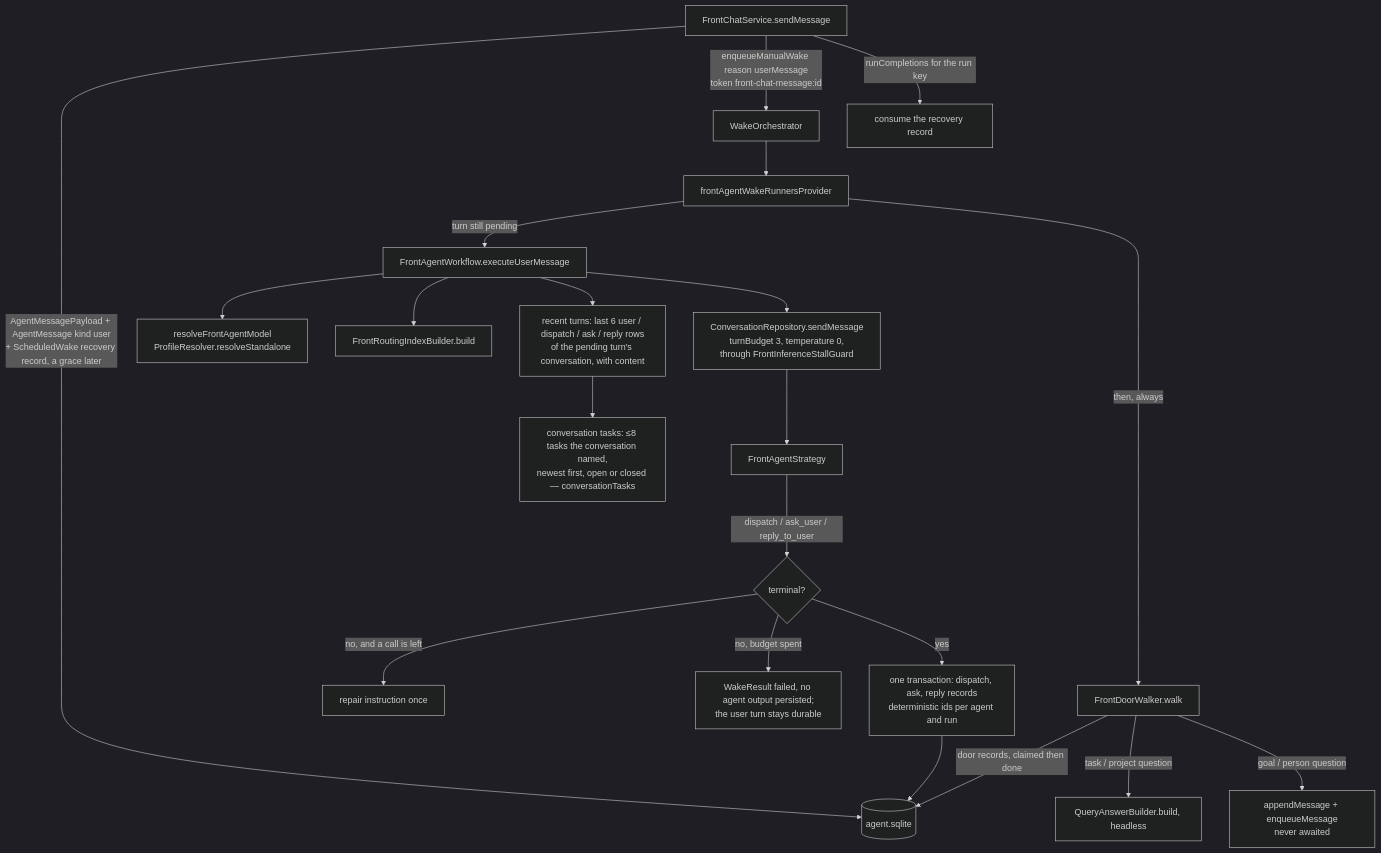
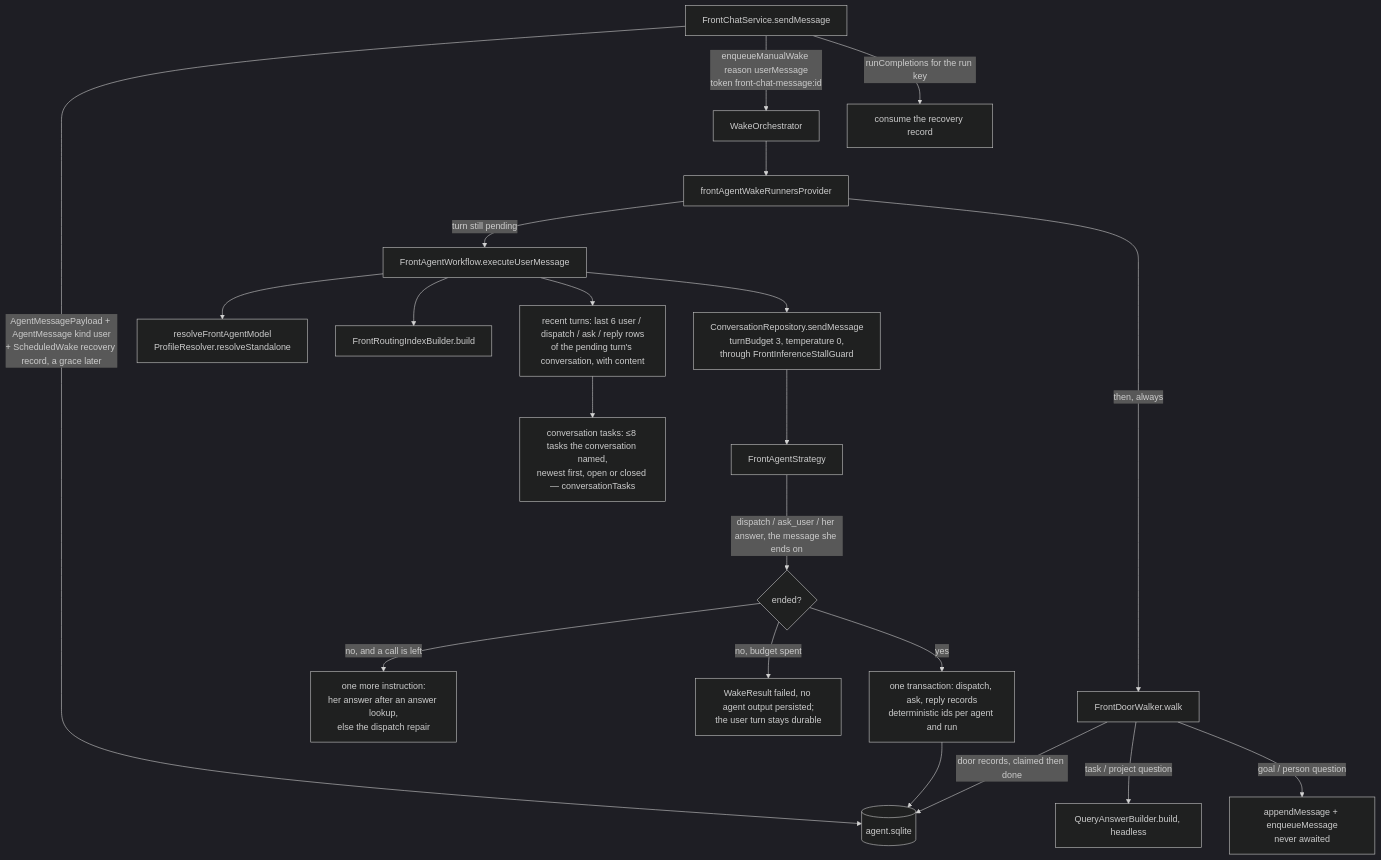
Before and after one commit to matthiasn/lotti: the first of 16 diagrams in knowledge/features/front_agent.md, drawn with Mermaid (dark theme). The commit also changed other lines of this file and 18 other files, not shown here.

First line of the commit message:
feat(front-agent): her answer is the message she writes

````diff
--- a/knowledge/features/front_agent.md
+++ b/knowledge/features/front_agent.md
@@ -293,23 +301,23 @@
 ```mermaid
 flowchart TD
   U[FrontChatService.sendMessage] -->|AgentMessagePayload + AgentMessage kind user<br/>+ ScheduledWake recovery record, a grace later| D[(agent.sqlite)]
   U -->|enqueueManualWake reason userMessage<br/>token front-chat-message:id| W[WakeOrchestrator]
   W --> R[frontAgentWakeRunnersProvider]
   R -->|turn still pending| X[FrontAgentWorkflow.executeUserMessage]
   R -->|then, always| K[FrontDoorWalker.walk]
   K -->|door records, claimed then done| D
   K -->|task / project question| Q[QueryAnswerBuilder.build, headless]
   K -->|goal / person question| G[appendMessage + enqueueMessage<br/>never awaited]
   U -->|runCompletions for the run key| V[consume the recovery record]
   X --> M[resolveFrontAgentModel<br/>ProfileResolver.resolveStandalone]
   X --> I[FrontRoutingIndexBuilder.build]
   X --> T[recent turns: last 6 user / dispatch / ask / reply rows<br/>of the pending turn's conversation, with content]
   T --> N[conversation tasks: ≤8 tasks the conversation named,<br/>newest first, open or closed — conversationTasks]
   X --> C[ConversationRepository.sendMessage<br/>turnBudget 3, temperature 0,<br/>through FrontInferenceStallGuard]
   C --> S[FrontAgentStrategy]
-  S -->|dispatch / ask_user / reply_to_user| E{terminal?}
-  E -->|no, and a call is left| P[repair instruction once]
+  S -->|dispatch / ask_user / her answer, the message she ends on| E{ended?}
+  E -->|no, and a call is left| P[one more instruction:<br/>her answer after an answer lookup,<br/>else the dispatch repair]
   E -->|no, budget spent| F[WakeResult failed, no agent output persisted;<br/>the user turn stays durable]
   E -->|yes| O[one transaction: dispatch, ask, reply records<br/>deterministic ids per agent and run]
   O --> D
 ```
````
